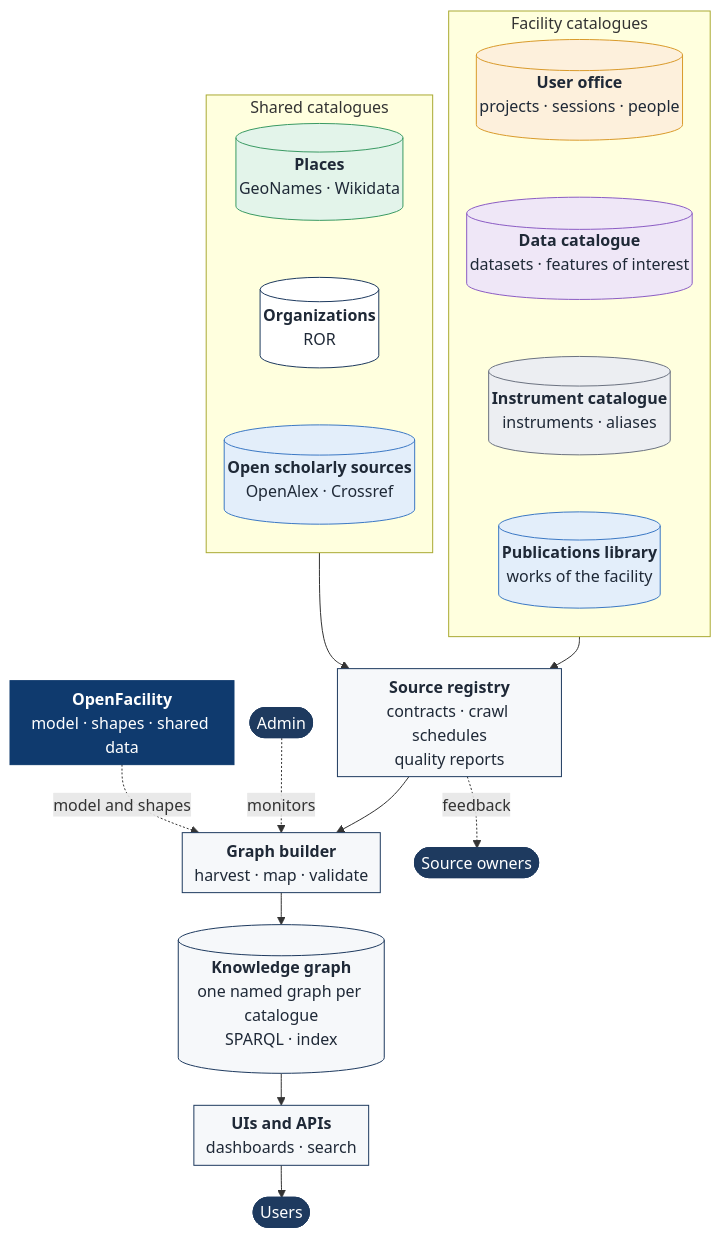
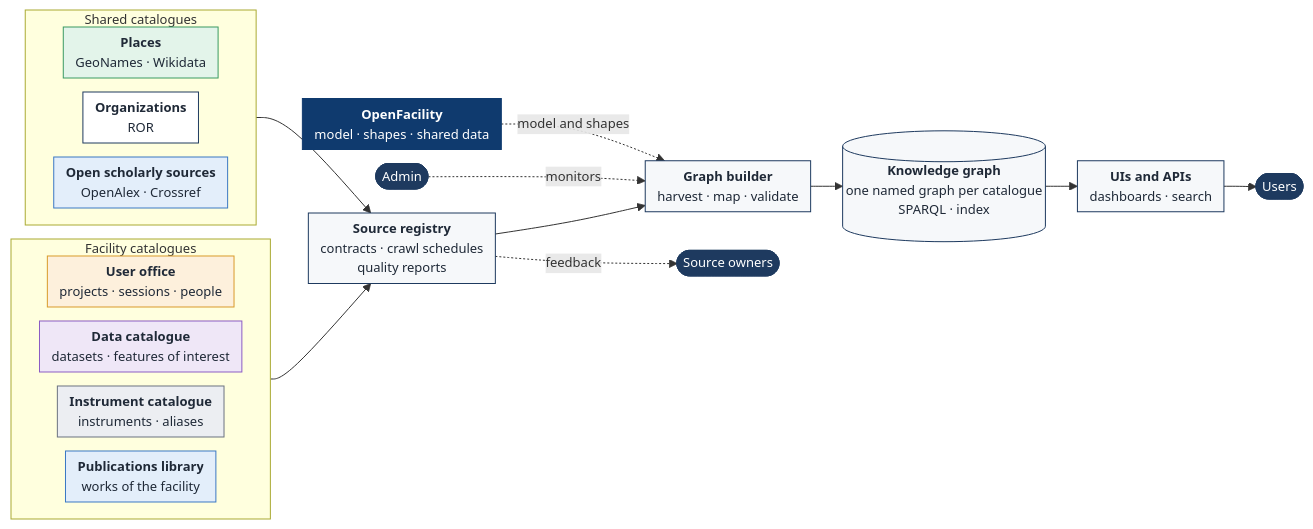
One commit to openfacility/.github changed the third of 5 diagrams in profile/README.md. Above: the diagram before and after it, drawn with Mermaid.

Commit message:
Architecture graph left to right, catalogues as rectangles, smaller font

````diff
--- a/profile/README.md
+++ b/profile/README.md
@@ -75,55 +75,53 @@
 ```mermaid
-%%{init: {"flowchart": {"nodeSpacing": 16, "rankSpacing": 32, "padding": 6}}}%%
-flowchart TB
+%%{init: {"themeVariables": {"fontSize": "13px"}, "flowchart": {"nodeSpacing": 14, "rankSpacing": 32, "padding": 6}}}%%
+flowchart LR
   subgraph fac["Facility catalogues"]
-    direction TB
-    uo[("<b>User#nbsp;office</b><br/>projects#nbsp;·#nbsp;sessions#nbsp;·#nbsp;people")]
-    dc[("<b>Data#nbsp;catalogue</b><br/>datasets#nbsp;·#nbsp;features#nbsp;of#nbsp;interest")]
-    ic[("<b>Instrument#nbsp;catalogue</b><br/>instruments#nbsp;·#nbsp;aliases")]
-    lib[("<b>Publications#nbsp;library</b><br/>works#nbsp;of#nbsp;the#nbsp;facility")]
+    direction LR
+    uo["<b>User#nbsp;office</b><br/>projects#nbsp;·#nbsp;sessions#nbsp;·#nbsp;people"]
+    dc["<b>Data#nbsp;catalogue</b><br/>datasets#nbsp;·#nbsp;features#nbsp;of#nbsp;interest"]
+    ic["<b>Instrument#nbsp;catalogue</b><br/>instruments#nbsp;·#nbsp;aliases"]
+    lib["<b>Publications#nbsp;library</b><br/>works#nbsp;of#nbsp;the#nbsp;facility"]
   end
   subgraph shr["Shared catalogues"]
-    direction TB
-    pl[("<b>Places</b><br/>GeoNames#nbsp;·#nbsp;Wikidata")]
-    og[("<b>Organizations</b><br/>ROR")]
-    ext[("<b>Open#nbsp;scholarly#nbsp;sources</b><br/>OpenAlex#nbsp;·#nbsp;Crossref")]
+    direction LR
+    pl["<b>Places</b><br/>GeoNames#nbsp;·#nbsp;Wikidata"]
+    og["<b>Organizations</b><br/>ROR"]
+    ext["<b>Open#nbsp;scholarly#nbsp;sources</b><br/>OpenAlex#nbsp;·#nbsp;Crossref"]
   end
 
   reg["<b>Source registry</b><br/>contracts · crawl schedules<br/>quality reports"]
   bld["<b>Graph builder</b><br/>harvest · map · validate"]
   kg[("<b>Knowledge graph</b><br/>one named graph per catalogue<br/>SPARQL · index")]
   ui["<b>UIs and APIs</b><br/>dashboards · search"]
   of["<b>OpenFacility</b><br/>model · shapes · shared data"]
 
   owners(["Source owners"])
   admin(["Admin"])
   users(["Users"])
 
-  uo ~~~ dc ~~~ ic ~~~ lib
-  pl ~~~ og ~~~ ext
   fac --> reg
   shr --> reg
   reg --> bld --> kg --> ui --> users
   reg -. feedback .-> owners
   admin -. monitors .-> bld
   of -. model and shapes .-> bld
 
   classDef project fill:#fdf0dc,stroke:#d99a2b,color:#1f2937
   classDef dataset fill:#efe7f7,stroke:#8b5cc4,color:#1f2937
   classDef instrument fill:#eceef2,stroke:#6b7280,color:#1f2937
   classDef publication fill:#e3eefa,stroke:#3b78c4,color:#1f2937
   classDef place fill:#e3f4ea,stroke:#3a9a63,color:#1f2937
   classDef agent fill:#ffffff,stroke:#1e3a5f,color:#1f2937
   classDef comp fill:#f6f8fa,stroke:#1e3a5f,color:#1f2937
   classDef core fill:#0f3a6e,stroke:#0f3a6e,color:#ffffff
   classDef people fill:#1e3a5f,stroke:#1e3a5f,color:#ffffff
   class uo project
   class dc dataset
   class ic instrument
   class lib,ext publication
   class pl place
   class og agent
   class reg,bld,kg,ui comp
   class of core
   class owners,admin,users people
 ```
````
